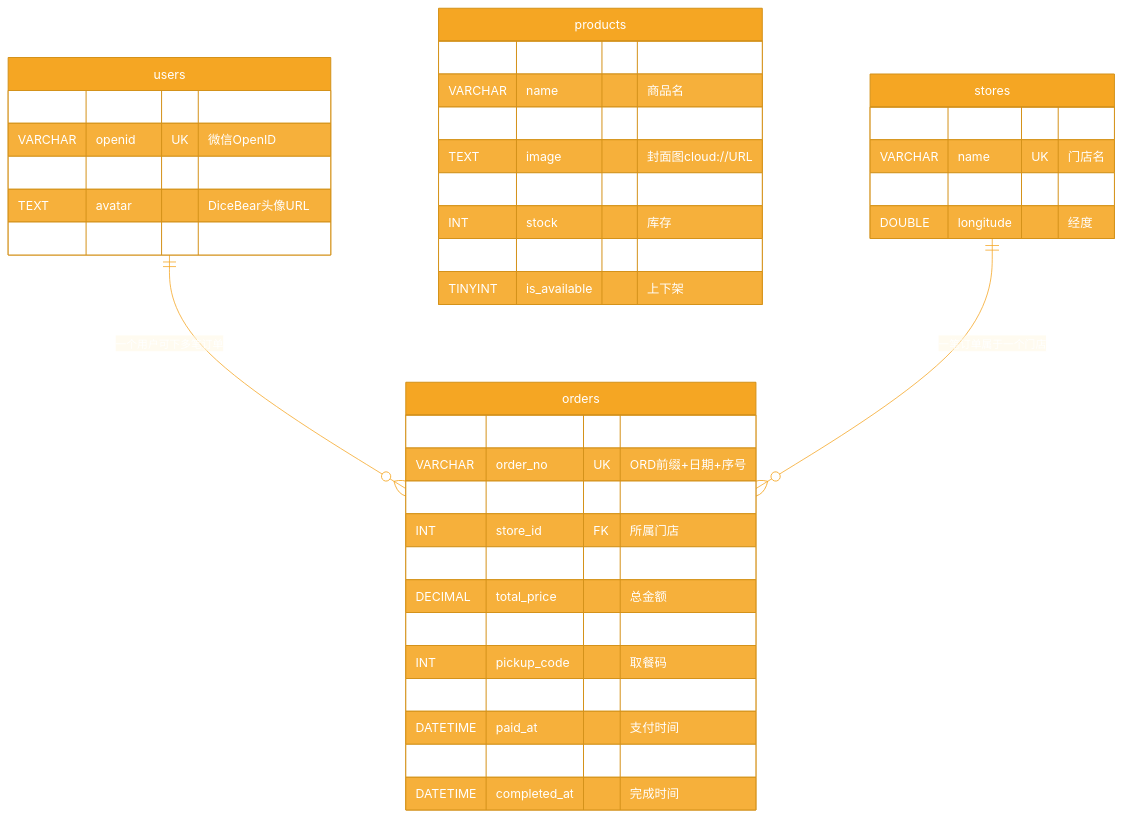
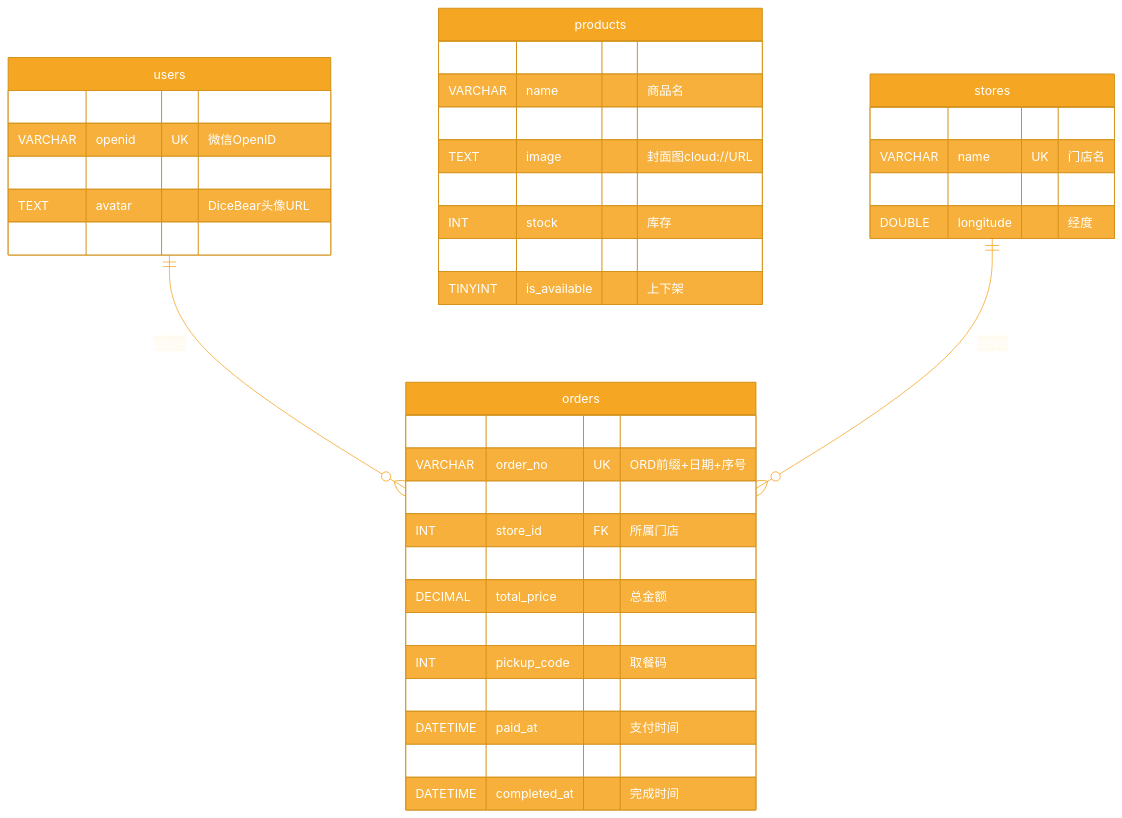
Before and after one commit to zip-Wu/tasty_bakery: the fourth of 4 diagrams in README.md, drawn with Mermaid.

Commit message:
docs: ER图关系线标签改英文，修复中文标签在GitHub渲染消失

````diff
--- a/README.md
+++ b/README.md
@@ -201,47 +201,47 @@
 ```mermaid
 %%{init: {'theme': 'base', 'themeVariables': { 'primaryColor': '#f5a623', 'primaryTextColor': '#fff', 'primaryBorderColor': '#d4921a', 'lineColor': '#f5a623', 'secondaryColor': '#ffeb99', 'tertiaryColor': '#fff8e1'}}}%%
 erDiagram
     users {
         VARCHAR id PK "用户ID"
         VARCHAR openid UK "微信OpenID"
         VARCHAR nickname "大力馒头宝001~999"
         TEXT avatar "DiceBear头像URL"
         INT points "积分"
     }
 
     products {
         INT id PK "自增"
         VARCHAR name "商品名"
         DECIMAL price "单价"
         TEXT image "封面图cloud://URL"
         VARCHAR category "动态分类"
         INT stock "库存"
         INT sales "累计销量"
         TINYINT is_available "上下架"
     }
 
     stores {
         INT id PK "自增"
         VARCHAR name UK "门店名"
         DOUBLE latitude "纬度"
         DOUBLE longitude "经度"
     }
 
     orders {
         VARCHAR id PK "订单ID"
         VARCHAR order_no UK "ORD前缀+日期+序号"
         VARCHAR user_id FK "所属用户"
         INT store_id FK "所属门店"
         TEXT items "商品JSON"
         DECIMAL total_price "总金额"
         VARCHAR status "状态机"
         INT pickup_code "取餐码"
         DATETIME created_at "创建时间"
         DATETIME paid_at "支付时间"
         DATETIME ready_at "可取餐时间"
         DATETIME completed_at "完成时间"
     }
 
-    users ||--o{ orders : "一个用户可下多笔订单"
-    stores ||--o{ orders : "一笔订单属于一个门店"
+    users ||--o{ orders : "places"
+    stores ||--o{ orders : "fulfills"
 ```
````
